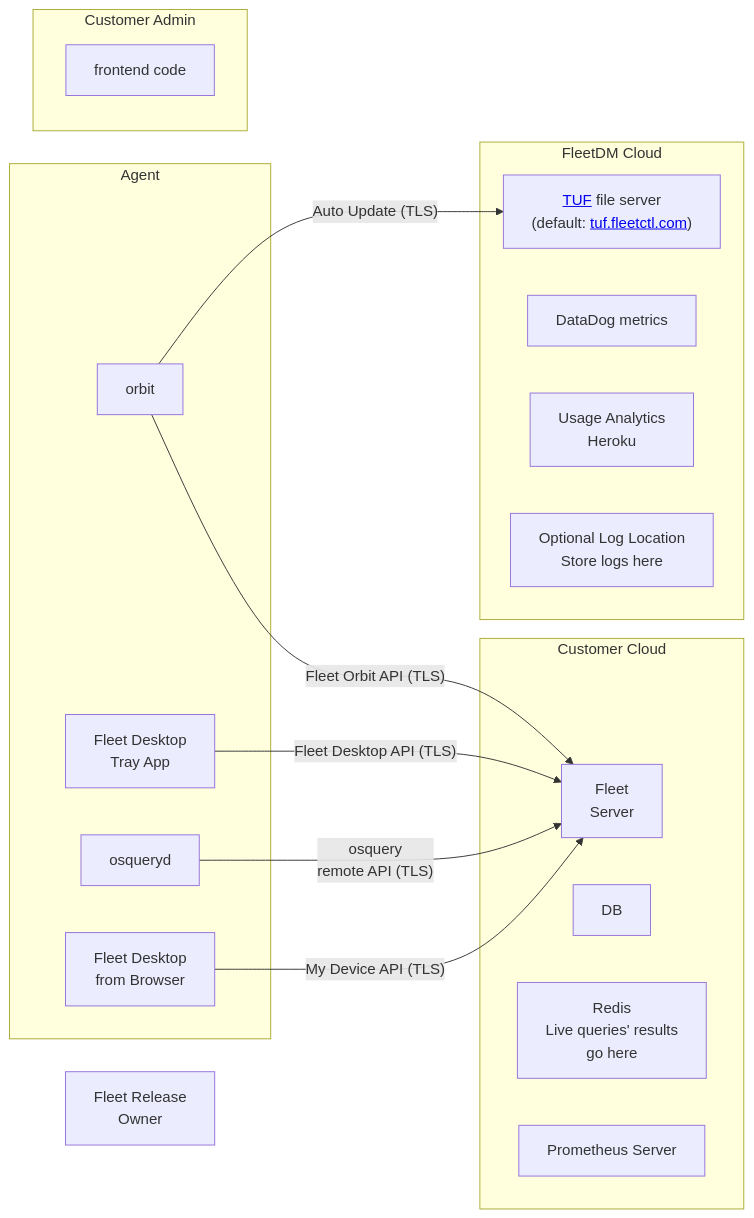
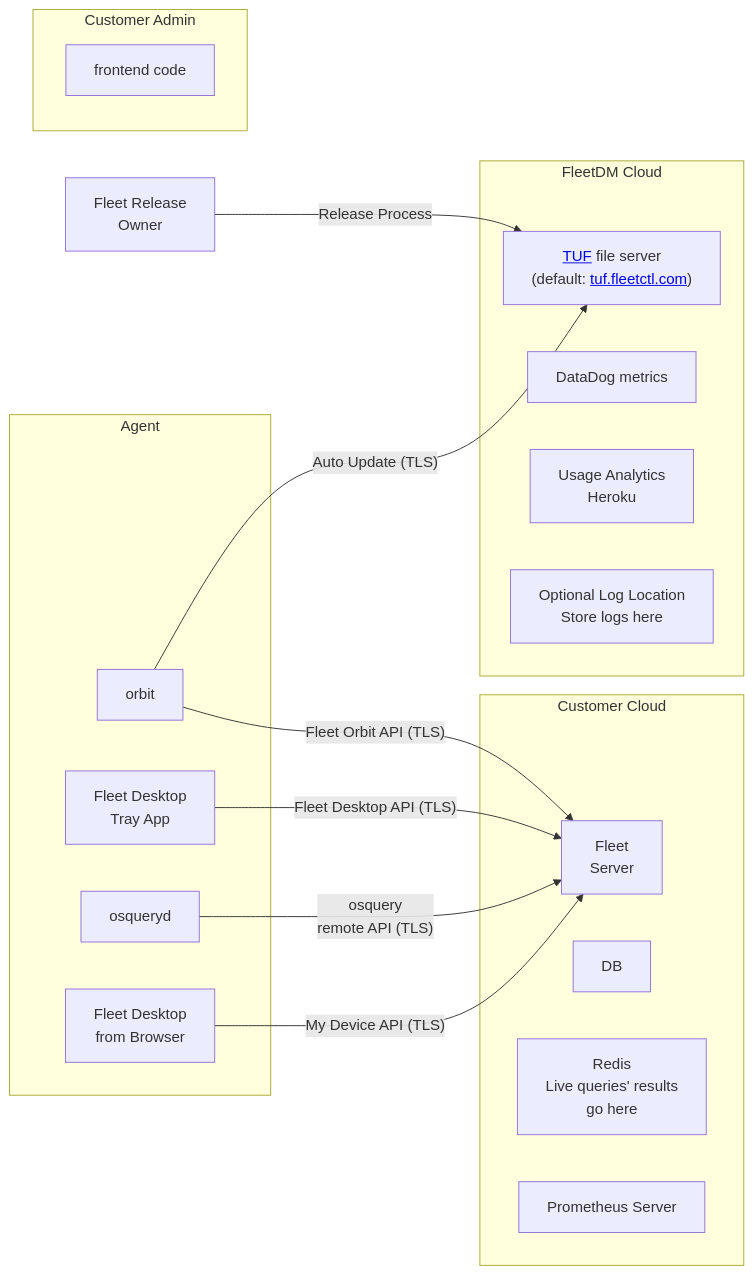
Before and after one commit to fleetdm/fleet: the second of 2 diagrams in docs/Contributing/high-level-architecture.md, drawn with Mermaid.

````diff
--- a/docs/Contributing/high-level-architecture.md
+++ b/docs/Contributing/high-level-architecture.md
@@ -34,37 +34,39 @@
 ```mermaid
 graph LR;
     fleet_release_owner[Fleet Release<br>Owner];
 
     subgraph Agent
         orbit[orbit];
         desktop[Fleet Desktop<br>Tray App];
         osqueryd[osqueryd];
         desktop_browser[Fleet Desktop<br> from Browser];
     end
 
     subgraph Customer Cloud
         fleet_server[Fleet<br>Server];
         db[DB];
         redis[Redis<br>Live queries' results <br>go here];
         prometheus[Prometheus Server];
     end
 
     subgraph FleetDM Cloud
         tuf["<a href=https://theupdateframework.io/>TUF</a> file server<br>(default: <a href=https://tuf.fleetctl.com>tuf.fleetctl.com</a>)"];
         datadog[DataDog metrics]
         heroku[Usage Analytics<br>Heroku]
         log[Optional Log Location<br>Store logs here]
     end
 
     subgraph Customer Admin
         frontend[frontend code]
     end
 
 
+    fleet_release_owner -- "Release Process" --> tuf;
     orbit -- "Fleet Orbit API (TLS)" --> fleet_server;
+    orbit -- "Auto Update (TLS)" --> tuf;
+
     desktop -- "Fleet Desktop API (TLS)" --> fleet_server;
     osqueryd -- "osquery<br>remote API (TLS)" --> fleet_server;
     desktop_browser -- "My Device API (TLS)" --> fleet_server;
 
-    orbit -- "Auto Update (TLS)" --> tuf;
 ```
````
